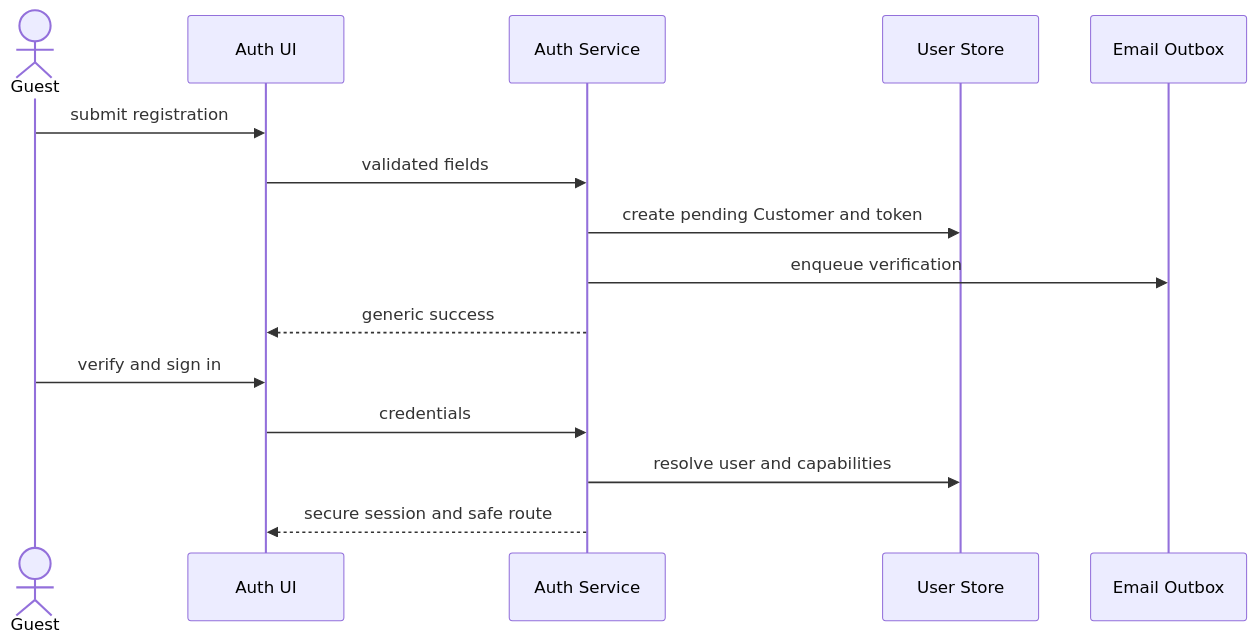
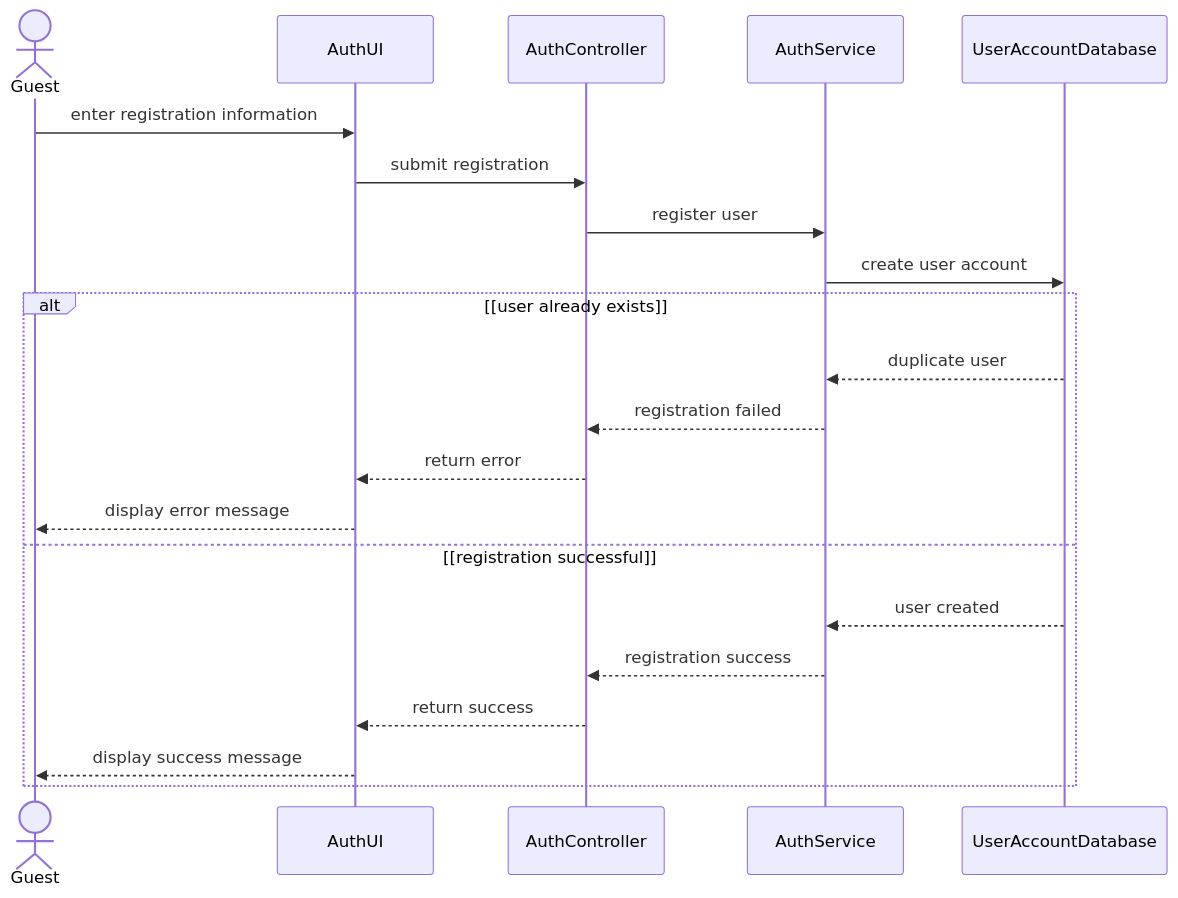
One commit to ankhanhwork/weavelink-project changed the second of 3 diagrams in specs/spec-MFG-01.md. Above: the diagram before and after it, drawn with Mermaid. The commit also changed other lines of this file and 12 other files, not shown here.

````diff
--- a/specs/spec-MFG-01.md
+++ b/specs/spec-MFG-01.md
@@ -89,17 +91,24 @@
 ```mermaid
 sequenceDiagram
-  actor Guest
-  participant UI as Auth UI
-  participant Auth as Auth Service
-  participant DB as User Store
-  participant Mail as Email Outbox
-  Guest->>UI: submit registration
-  UI->>Auth: validated fields
-  Auth->>DB: create pending Customer and token
-  Auth->>Mail: enqueue verification
-  Auth-->>UI: generic success
-  Guest->>UI: verify and sign in
-  UI->>Auth: credentials
-  Auth->>DB: resolve user and capabilities
-  Auth-->>UI: secure session and safe route
+    actor Guest
+    participant AuthUI
+    participant AuthController
+    participant AuthService
+    participant UserAccountDatabase
+
+    Guest->>AuthUI: enter registration information
+    AuthUI->>AuthController: submit registration
+    AuthController->>AuthService: register user
+    AuthService->>UserAccountDatabase: create user account
+    alt [user already exists]
+        UserAccountDatabase-->>AuthService: duplicate user
+        AuthService-->>AuthController: registration failed
+        AuthController-->>AuthUI: return error
+        AuthUI-->>Guest: display error message
+    else [registration successful]
+        UserAccountDatabase-->>AuthService: user created
+        AuthService-->>AuthController: registration success
+        AuthController-->>AuthUI: return success
+        AuthUI-->>Guest: display success message
+    end
 ```
````
